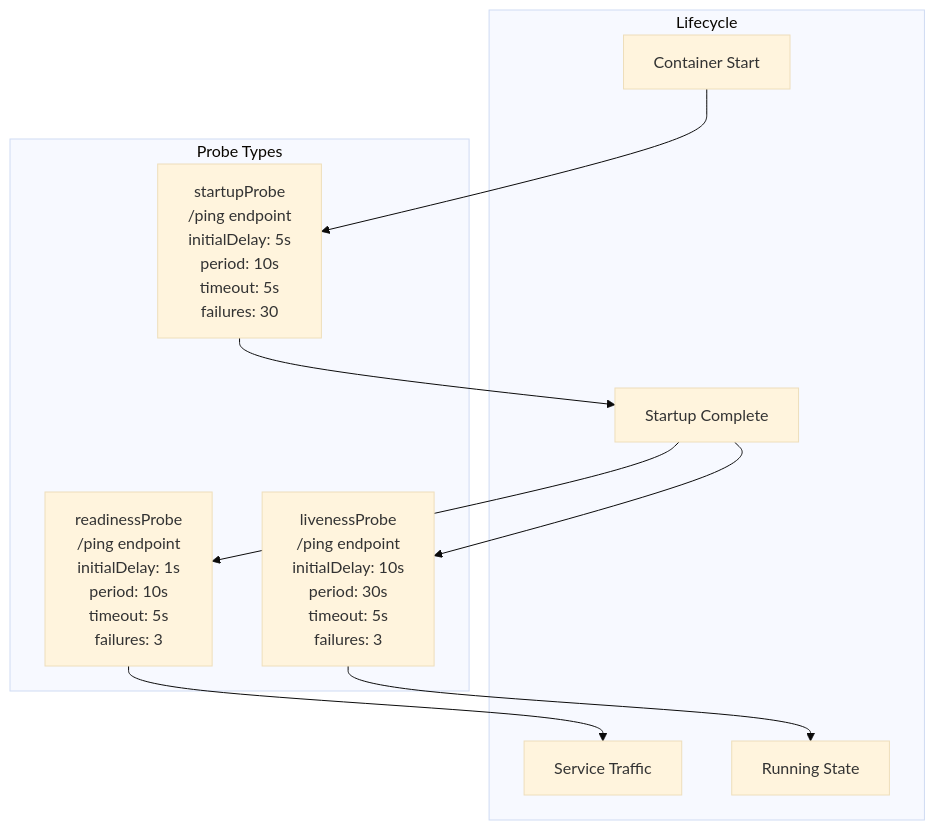
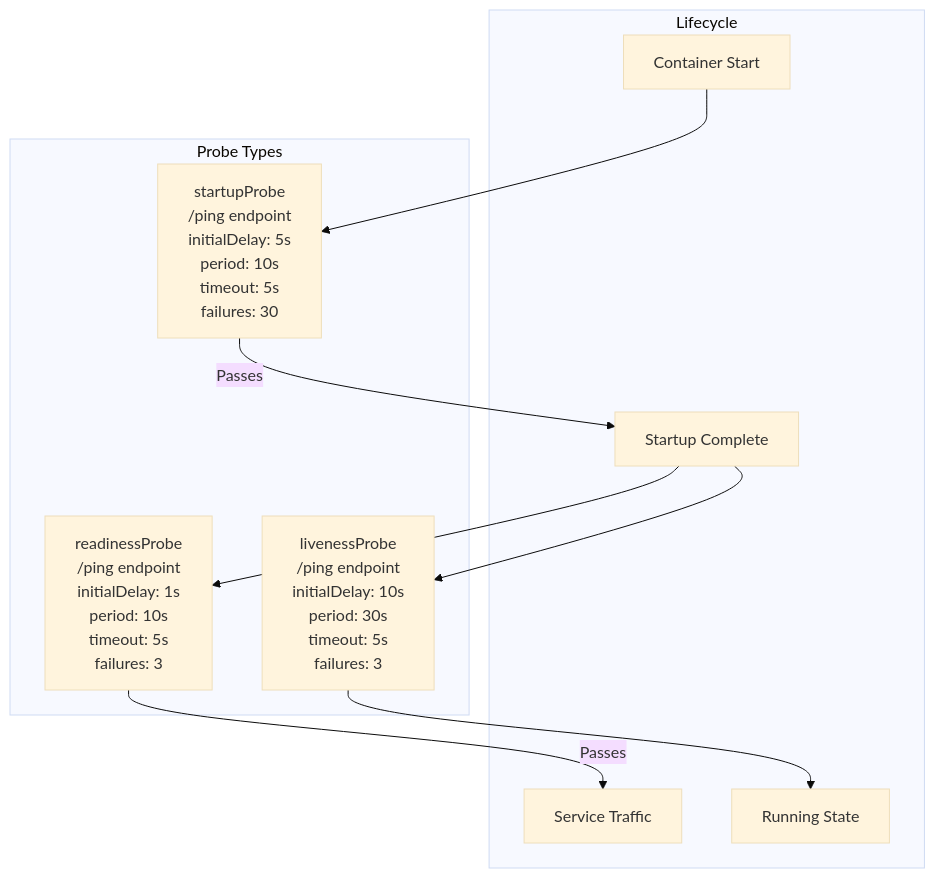
The fifth of 7 diagrams in docs/hyperdxio-helm-charts-docs/ClickHouse-Database.md (openchoreo/openchoreo), drawn with Mermaid (base theme) before and after one commit. The commit also changed other lines of this file and 85 other files, not shown here.

Commit message:
feat: Add new workflow and specification templates, update Helm chart dependencies, and clarify documentation diagrams.

````diff
--- a/docs/hyperdxio-helm-charts-docs/ClickHouse-Database.md
+++ b/docs/hyperdxio-helm-charts-docs/ClickHouse-Database.md
@@ -380,31 +380,31 @@
 ```mermaid
 flowchart TD
 
 Startup["startupProbe<br>/ping endpoint<br>initialDelay: 5s<br>period: 10s<br>timeout: 5s<br>failures: 30"]
 Liveness["livenessProbe<br>/ping endpoint<br>initialDelay: 10s<br>period: 30s<br>timeout: 5s<br>failures: 3"]
 Readiness["readinessProbe<br>/ping endpoint<br>initialDelay: 1s<br>period: 10s<br>timeout: 5s<br>failures: 3"]
 ContainerStart["Container Start"]
 StartupComplete["Startup Complete"]
 ServiceReady["Service Traffic"]
 ContainerRunning["Running State"]
 
 ContainerStart --> Startup
-Startup --> StartupComplete
+Startup -->|"Passes"| StartupComplete
 StartupComplete --> Liveness
 StartupComplete --> Readiness
-Readiness --> ServiceReady
+Readiness -->|"Passes"| ServiceReady
 Liveness --> ContainerRunning
 
 subgraph Lifecycle ["Lifecycle"]
     ContainerStart
     StartupComplete
     ServiceReady
     ContainerRunning
 end
 
 subgraph subGraph0 ["Probe Types"]
     Startup
     Liveness
     Readiness
 end
 ```
````
